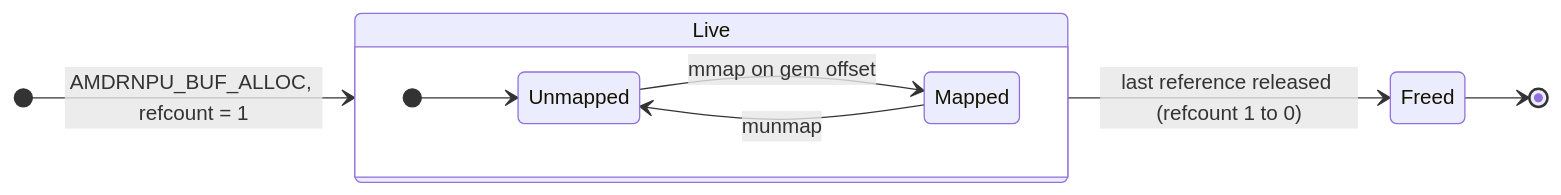
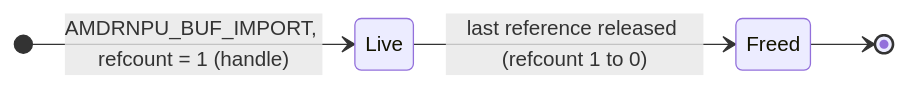
The first of 4 diagrams in docs/buffer-management.md (Xilinx/amdrnpu), drawn with Mermaid before and after one commit. The commit also changed other lines of this file and 11 other files, not shown here.

````diff
--- a/docs/buffer-management.md
+++ b/docs/buffer-management.md
@@ -32,16 +41,9 @@
 ```mermaid
 stateDiagram-v2
     direction LR
 
-    [*] --> Live : AMDRNPU_BUF_ALLOC, refcount = 1
-
-    state Live {
-        direction LR
-        [*] --> Unmapped
-        Unmapped --> Mapped : mmap on gem offset
-        Mapped --> Unmapped : munmap
-    }
+    [*] --> Live : AMDRNPU_BUF_IMPORT, refcount = 1 (handle)
 
     Live --> Freed : last reference released (refcount 1 to 0)
     Freed --> [*]
 ```
````
